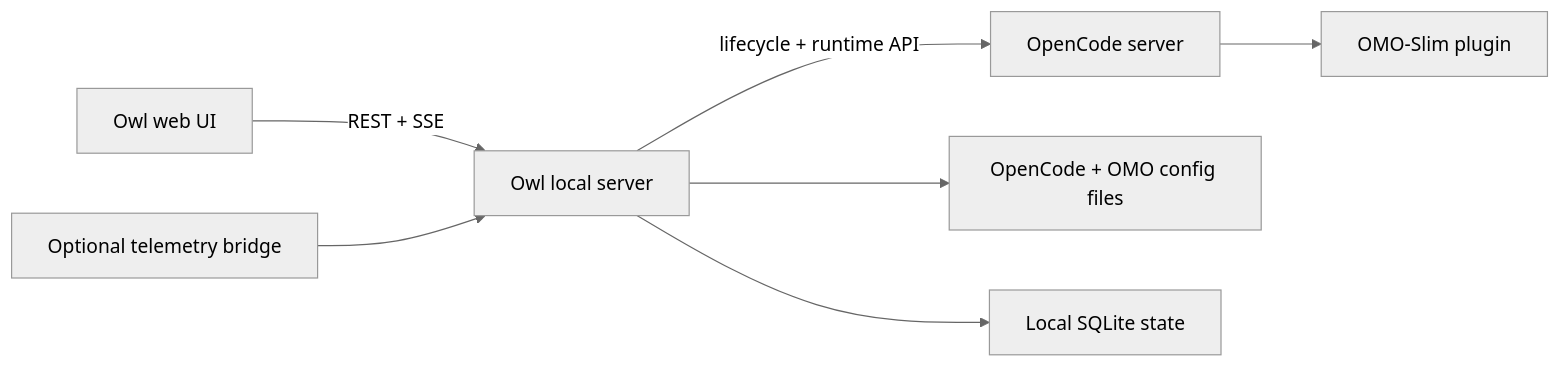
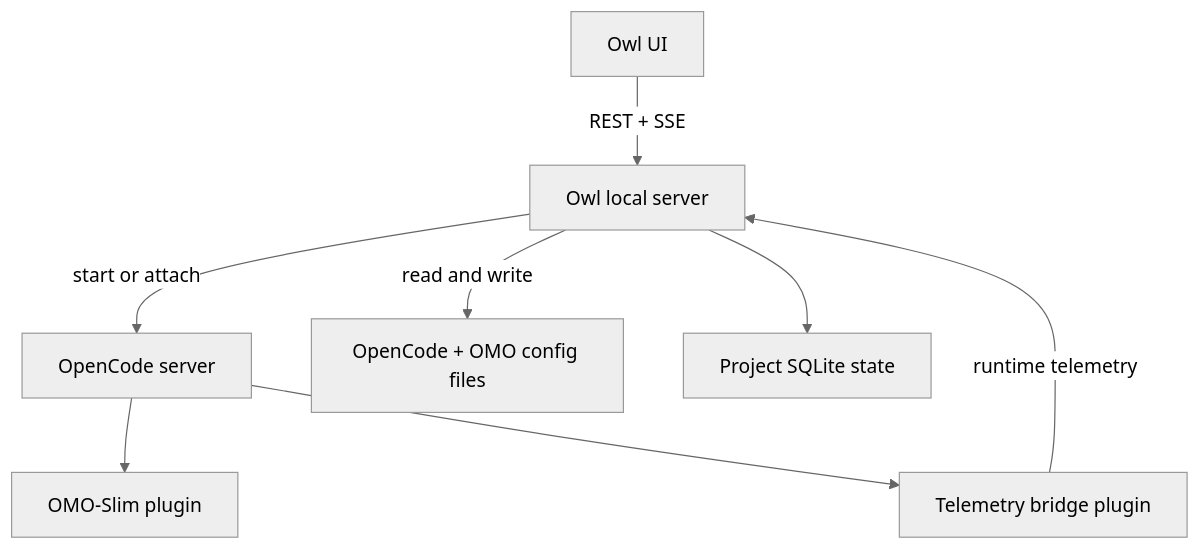
The diagram in README.md (schlambos/Owl), drawn with Mermaid (neutral theme) before and after one commit. The commit also changed other lines of this file, not shown here.

Commit message:
docs: rewrite architecture flowchart
Show the real stack: UI talks to the local server, the server starts
or attaches OpenCode and owns config/SQLite, and the telemetry bridge
is an OpenCode plugin that reports back to Owl.

````diff
--- a/README.md
+++ b/README.md
@@ -282,9 +282,10 @@
 ```mermaid
-flowchart LR
-    Browser[Owl web UI] -->|REST + SSE| Server[Owl local server]
-    Server -->|lifecycle + runtime API| OpenCode[OpenCode server]
+flowchart TB
+    UI[Owl UI] -->|REST + SSE| Server[Owl local server]
+    Server -->|start or attach| OpenCode[OpenCode server]
+    Server -->|read and write| Config[OpenCode + OMO config files]
+    Server --> State[Project SQLite state]
     OpenCode --> OMO[OMO-Slim plugin]
-    Server --> Config[OpenCode + OMO config files]
-    Server --> State[Local SQLite state]
-    Bridge[Optional telemetry bridge] --> Server
+    OpenCode --> Bridge[Telemetry bridge plugin]
+    Bridge -->|runtime telemetry| Server
 ```
````
